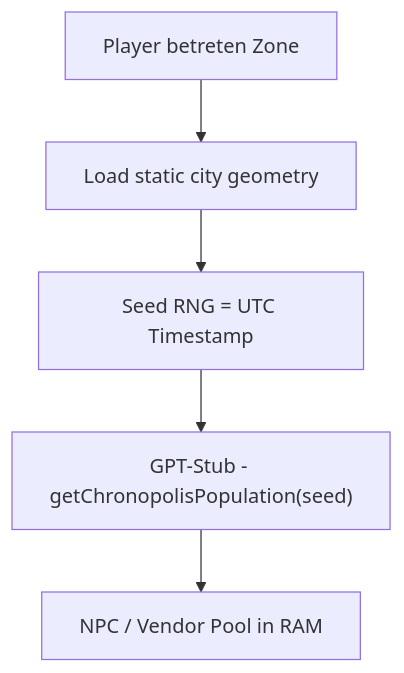
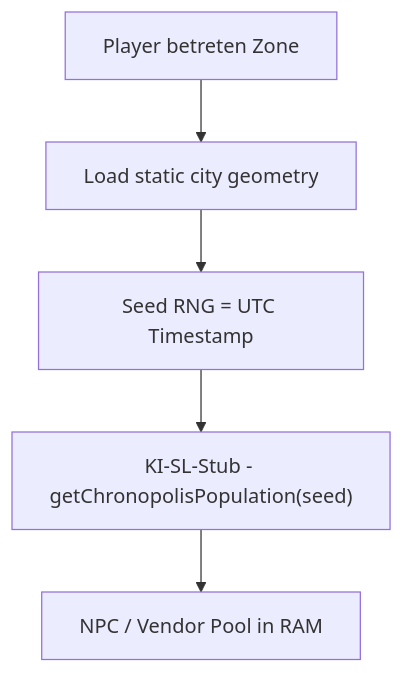
The fourth of 4 diagrams in gameplay/kampagnenstruktur.md (pchospital-lab/ZEITRISS-md), drawn with Mermaid before and after one commit. The commit also changed other lines of this file and 13 other files, not shown here.

````diff
--- a/gameplay/kampagnenstruktur.md
+++ b/gameplay/kampagnenstruktur.md
@@ -2253,7 +2253,7 @@
 ```mermaid
 graph TD
     A[Player betreten Zone] --> B[Load static city geometry];
     B --> C[Seed RNG = UTC Timestamp];
-    C --> D["GPT-Stub - getChronopolisPopulation(seed)"];
+    C --> D["KI-SL-Stub - getChronopolisPopulation(seed)"];
     D --> E["NPC / Vendor Pool in RAM"];
 ```
````
